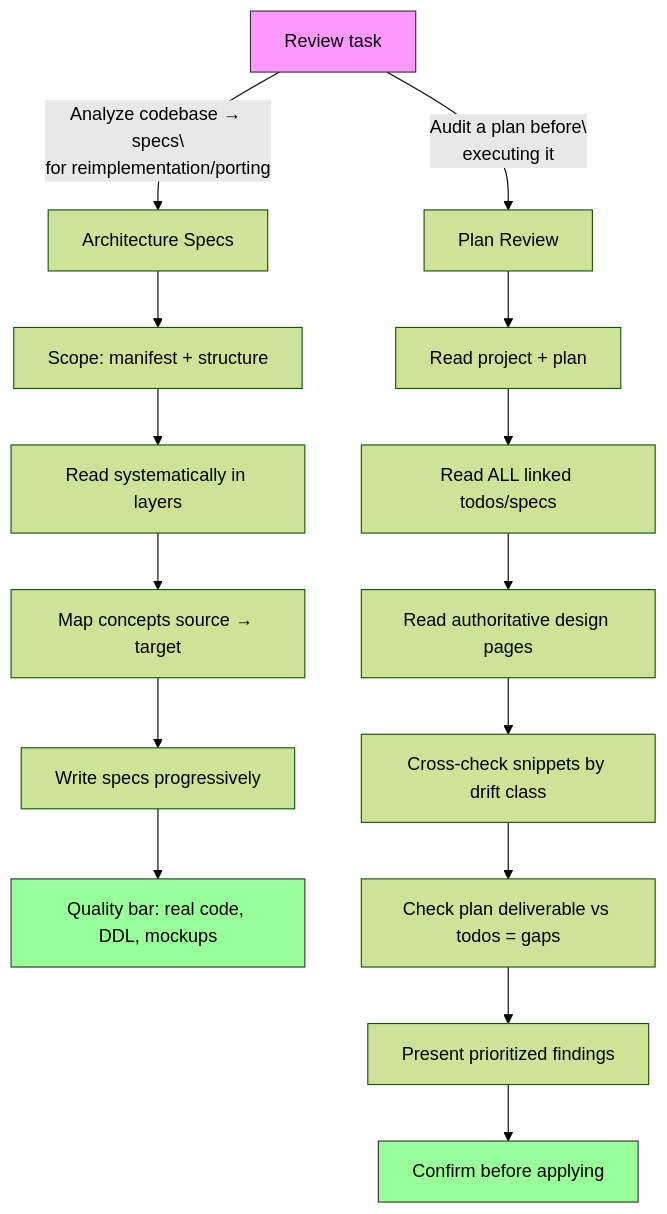
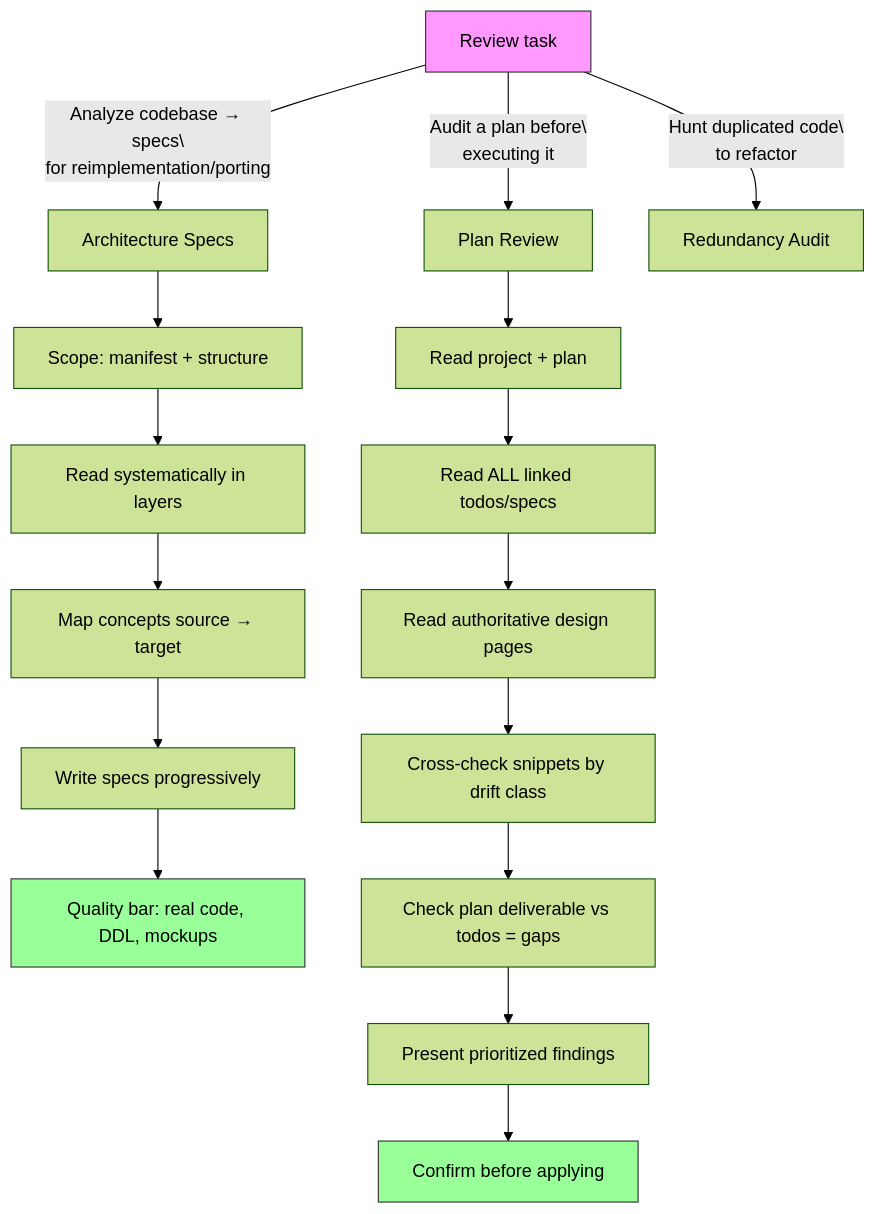
The diagram in skills/elixir-review/SKILL.md (alvarolizama/elixir-skills), drawn with Mermaid (forest theme) before and after one commit. The commit also changed other lines of this file and 2 other files, not shown here.

Commit message:
feat(review): absorb elixir-code-redundancy-audit into elixir-review

````diff
--- a/skills/elixir-review/SKILL.md
+++ b/skills/elixir-review/SKILL.md
@@ -23,23 +23,24 @@
 ```mermaid
 graph TD
     A[Review task] -->|"Analyze codebase → specs\\nfor reimplementation/porting"| B[Architecture Specs]
     A -->|"Audit a plan before\\nexecuting it"| C[Plan Review]
+    A -->|"Hunt duplicated code\\nto refactor"| D[Redundancy Audit]
 
     B --> B1[Scope: manifest + structure]
     B1 --> B2[Read systematically in layers]
     B2 --> B3[Map concepts source → target]
     B3 --> B4[Write specs progressively]
     B4 --> B5[Quality bar: real code, DDL, mockups]
 
     C --> C1[Read project + plan]
     C1 --> C2[Read ALL linked todos/specs]
     C2 --> C3[Read authoritative design pages]
     C3 --> C4[Cross-check snippets by drift class]
     C4 --> C5[Check plan deliverable vs todos = gaps]
     C5 --> C6[Present prioritized findings]
     C6 --> C7[Confirm before applying]
 
     style A fill:#f9f,stroke:#333
     style B5 fill:#9f9,stroke:#333
     style C7 fill:#9f9,stroke:#333
 ```
````
